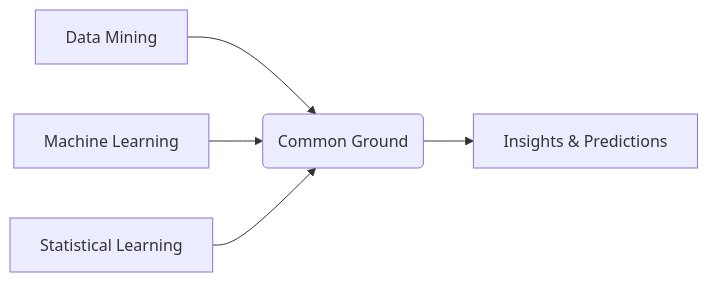
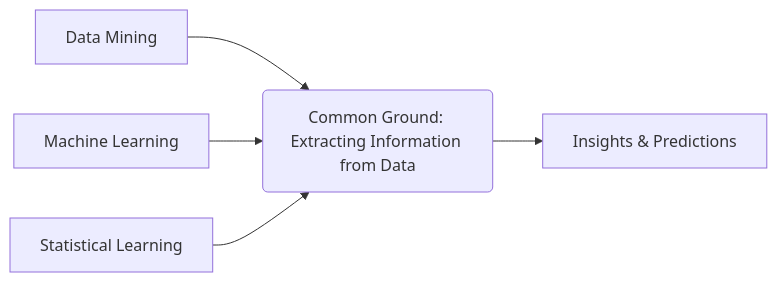
The diagram in qmd/islp2.qmd (qiufei/web-slide-islp), drawn with Mermaid before and after one commit. The commit also changed other lines of this file and 29 other files, not shown here.

````diff
--- a/qmd/islp2.qmd
+++ b/qmd/islp2.qmd
@@ -28,7 +68,7 @@
 ```{mermaid}
 graph LR
-    A[Data Mining] --> C(Common Ground)
+    A[Data Mining] --> C(Common Ground: Extracting Information from Data)
     B[Machine Learning] --> C
     D[Statistical Learning] --> C
     C --> E[Insights & Predictions]
 ```
````
